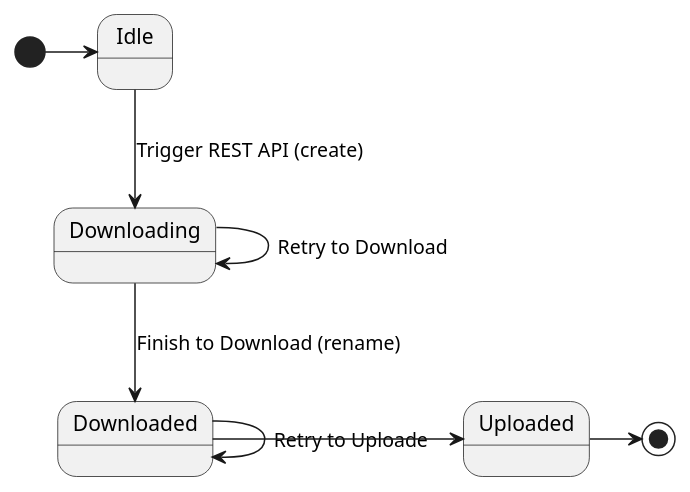
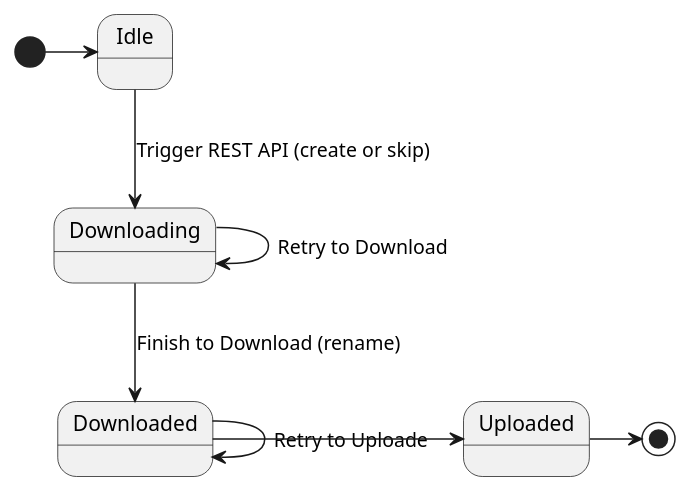
Before and after one commit to yanghoon/obsidian-workspace: the diagram in _diary/2024-06-21.md, drawn with PlantUML.

Commit message:
vault backup: 2024-06-23 19:47:33

````diff
--- a/_diary/2024-06-21.md
+++ b/_diary/2024-06-21.md
@@ -52,16 +52,16 @@
 ```plantuml
 @startuml
 
 [*] -> Idle
-Idle --> Downloading : Trigger REST API (create)
+Idle --> Downloading : Trigger REST API (create or skip)
 
 ' Downloading : Create file with suffix "downloading"
 Downloading --> Downloading : Retry to Download
 Downloading --> Downloaded : Finish to Download (rename)
 
 Downloaded --> Downloaded : Retry to Uploade
 Downloaded -> Uploaded
 Uploaded ->[*] 
 
 @enduml
 ```
````
